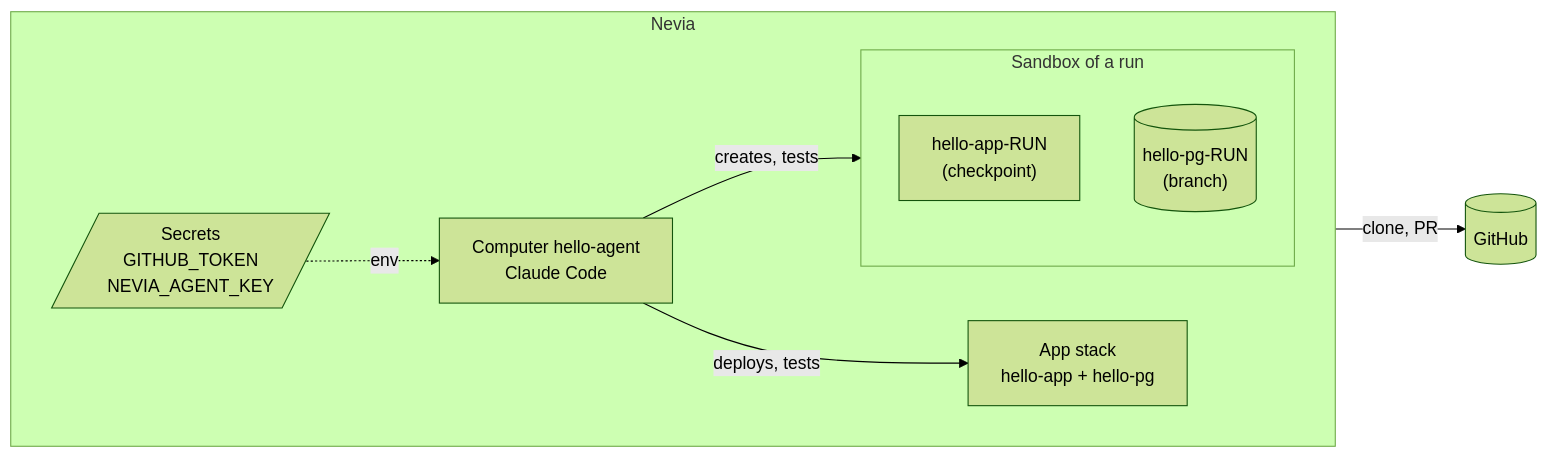
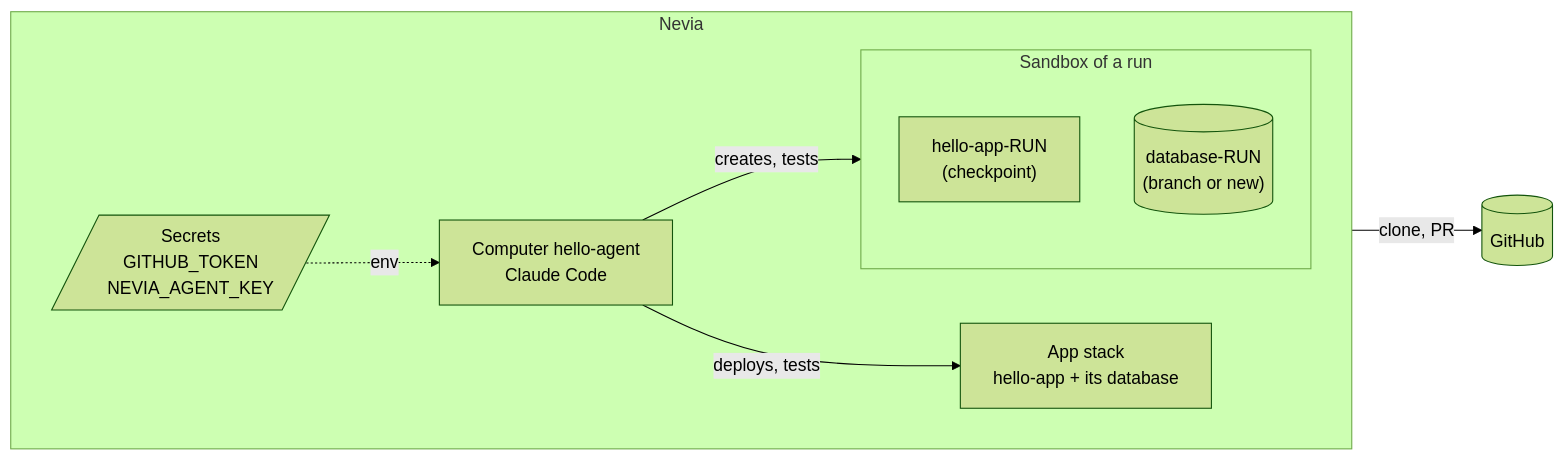
One commit to bertrandcedric/nevia-agent changed the first of 2 diagrams in README.md. Above: the diagram before and after it, drawn with Mermaid (forest theme). The commit also changed other lines of this file and 2 other files, not shown here.

````diff
--- a/README.md
+++ b/README.md
@@ -7,20 +7,20 @@
 ```mermaid
 flowchart LR
     github[("GitHub")]
 
     subgraph nevia["Nevia"]
         direction LR
         agent["Computer hello-agent<br/>Claude Code"]
         secrets[/"Secrets<br/>GITHUB_TOKEN<br/>NEVIA_AGENT_KEY"/]
-        base["App stack<br/>hello-app + hello-pg"]
+        base["App stack<br/>hello-app + its database"]
         subgraph sandbox["Sandbox of a run"]
             sbapp["hello-app-RUN<br/>(checkpoint)"]
-            sbpg[("hello-pg-RUN<br/>(branch)")]
+            sbdb[("database-RUN<br/>(branch or new)")]
         end
     end
 
     secrets -. "env" .-> agent
     agent -- "deploys, tests" --> base
     agent -- "creates, tests" --> sandbox
     agent -- "clone, PR" --> github
 ```
````
